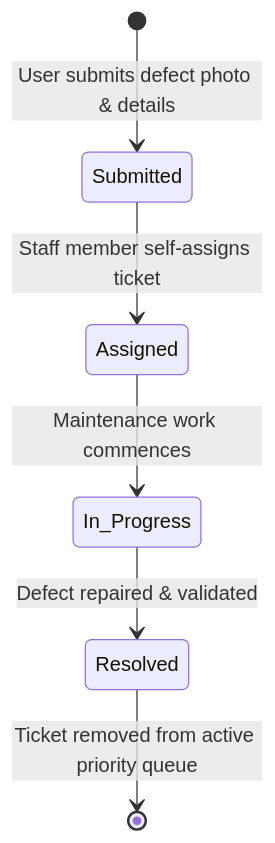
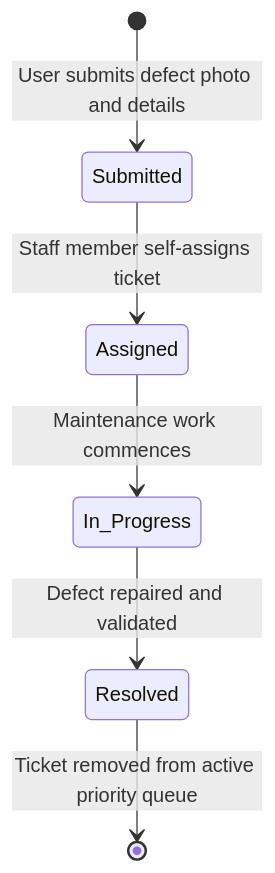
Before and after one commit to Bittu5134/InfraPulse: the fourth of 5 diagrams in README.md, drawn with Mermaid. The commit also changed other lines of this file and 1 other file, not shown here.

Commit message:
docs: reorganize diagrams contextually throughout README and strip all emojis across docs

````diff
--- a/README.md
+++ b/README.md
@@ -94,8 +141,8 @@
 ```mermaid
 stateDiagram-v2
-    [*] --> Submitted: User submits defect photo & details
+    [*] --> Submitted: User submits defect photo and details
     Submitted --> Assigned: Staff member self-assigns ticket
     Assigned --> In_Progress: Maintenance work commences
-    In_Progress --> Resolved: Defect repaired & validated
+    In_Progress --> Resolved: Defect repaired and validated
     Resolved --> [*]: Ticket removed from active priority queue
 ```
````
